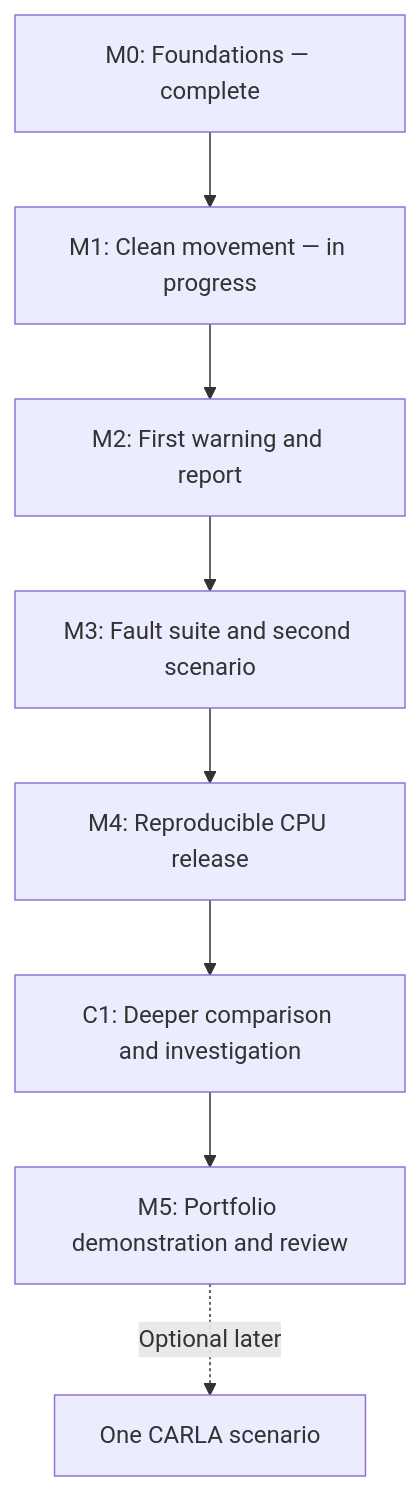
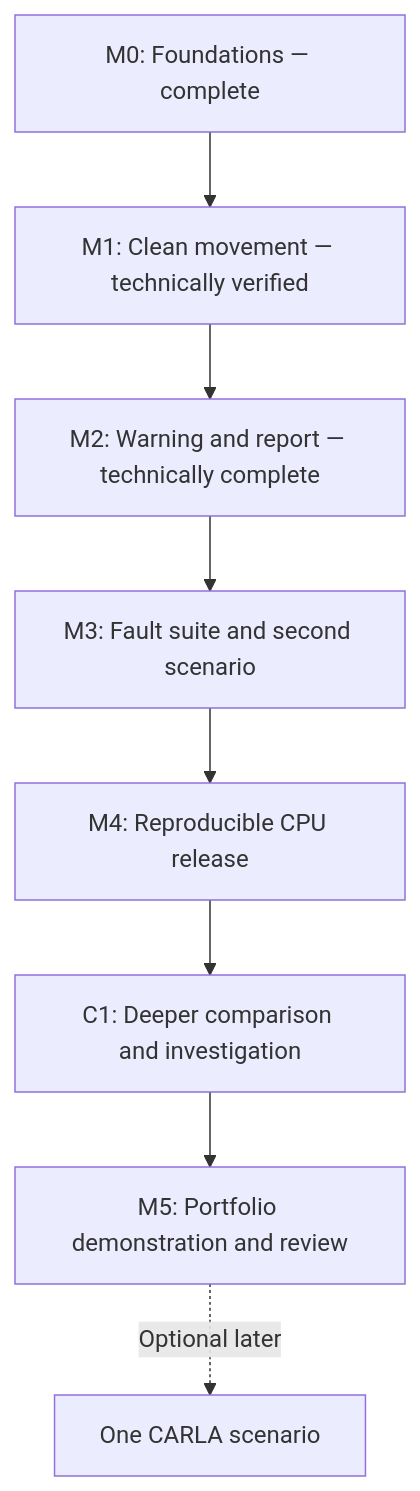
One commit to Lifelessdice/DriveCheck changed the diagram in docs/detailed-roadmap.md. Above: the diagram before and after it, drawn with Mermaid. The commit also changed other lines of this file and 5 other files, not shown here.

````diff
--- a/docs/detailed-roadmap.md
+++ b/docs/detailed-roadmap.md
@@ -32,10 +32,10 @@
 ```mermaid
 flowchart TD
-    A["M0: Foundations — complete"] --> B["M1: Clean movement — in progress"]
-    B --> C["M2: First warning and report"]
+    A["M0: Foundations — complete"] --> B["M1: Clean movement — technically verified"]
+    B --> C["M2: Warning and report — technically complete"]
     C --> D["M3: Fault suite and second scenario"]
     D --> E["M4: Reproducible CPU release"]
     E --> F["C1: Deeper comparison and investigation"]
     F --> G["M5: Portfolio demonstration and review"]
     G -. "Optional later" .-> H["One CARLA scenario"]
 ```
````
